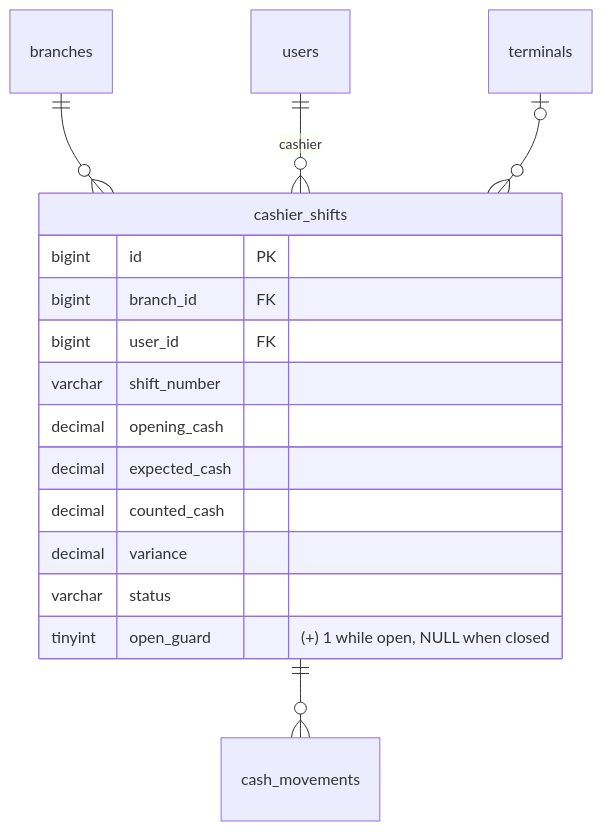
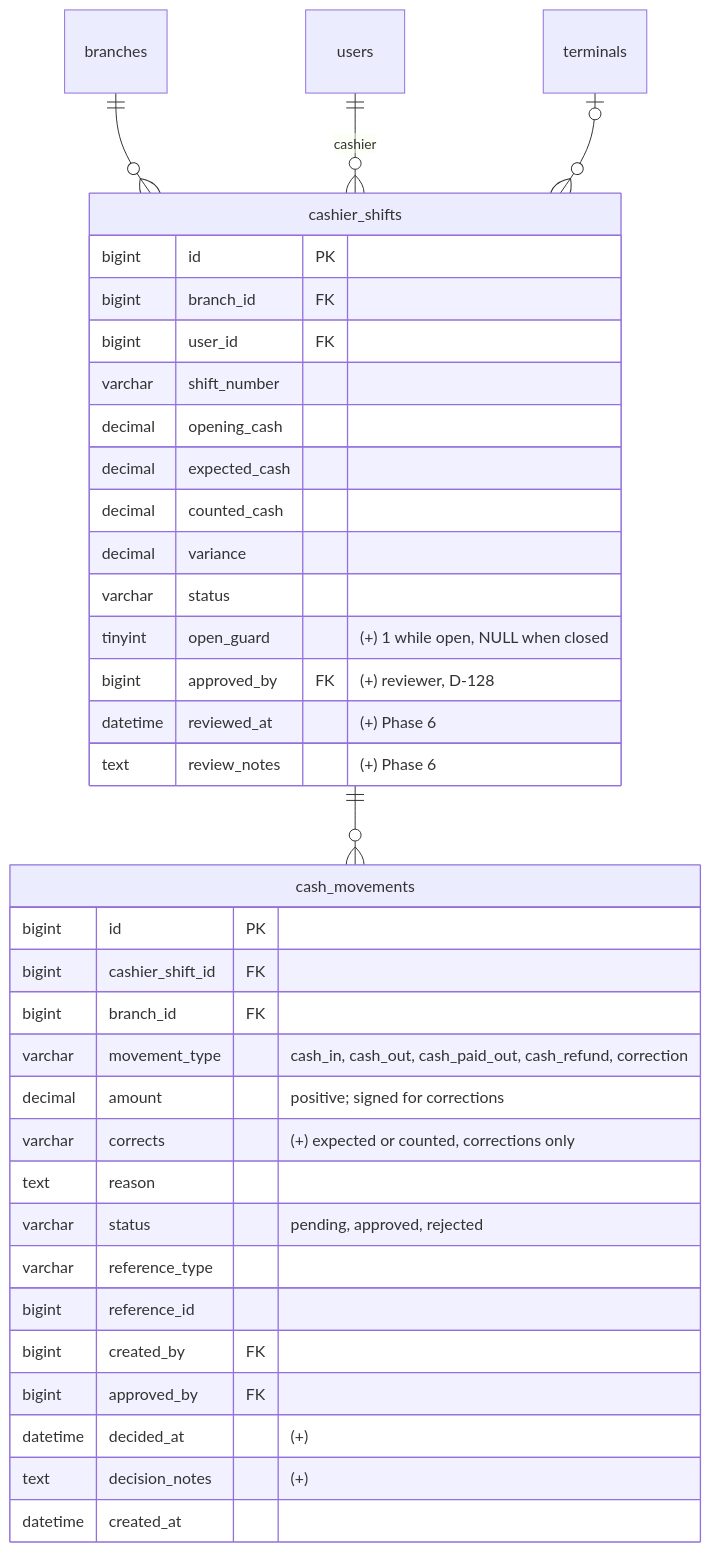
Before and after one commit to eichebiem/brevon-pos: the fourth of 6 diagrams in docs/ERD.md, drawn with Mermaid. The commit also changed other lines of this file and 32 other files, not shown here.

````diff
--- a/docs/ERD.md
+++ b/docs/ERD.md
@@ -152,17 +152,35 @@
 ```mermaid
 erDiagram
     branches ||--o{ cashier_shifts : ""
     users ||--o{ cashier_shifts : cashier
     terminals |o--o{ cashier_shifts : ""
     cashier_shifts ||--o{ cash_movements : ""
     cashier_shifts { bigint id PK
       bigint branch_id FK
       bigint user_id FK
       varchar shift_number
       decimal opening_cash
       decimal expected_cash
       decimal counted_cash
       decimal variance
       varchar status
-      tinyint open_guard "(+) 1 while open, NULL when closed" }
+      tinyint open_guard "(+) 1 while open, NULL when closed"
+      bigint approved_by FK "(+) reviewer, D-128"
+      datetime reviewed_at "(+) Phase 6"
+      text review_notes "(+) Phase 6" }
+    cash_movements { bigint id PK
+      bigint cashier_shift_id FK
+      bigint branch_id FK
+      varchar movement_type "cash_in, cash_out, cash_paid_out, cash_refund, correction"
+      decimal amount "positive; signed for corrections"
+      varchar corrects "(+) expected or counted, corrections only"
+      text reason
+      varchar status "pending, approved, rejected"
+      varchar reference_type
+      bigint reference_id
+      bigint created_by FK
+      bigint approved_by FK
+      datetime decided_at "(+)"
+      text decision_notes "(+)"
+      datetime created_at }
 ```
````
